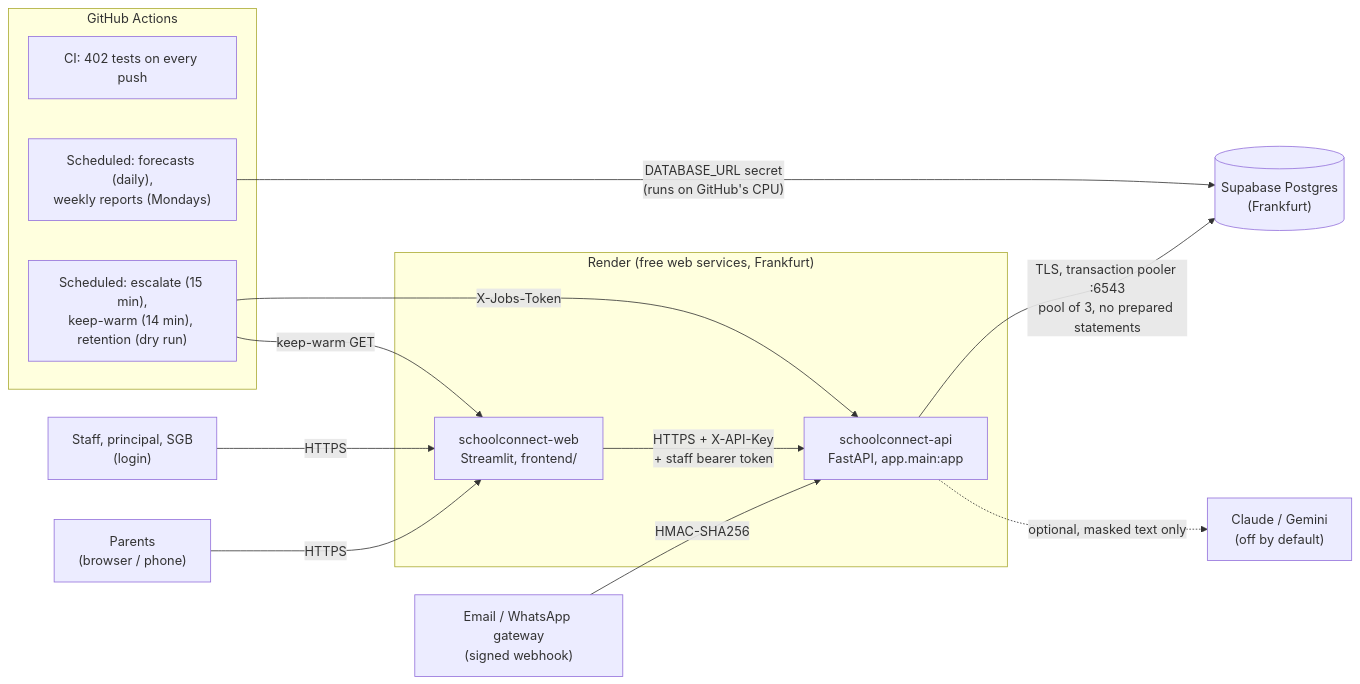
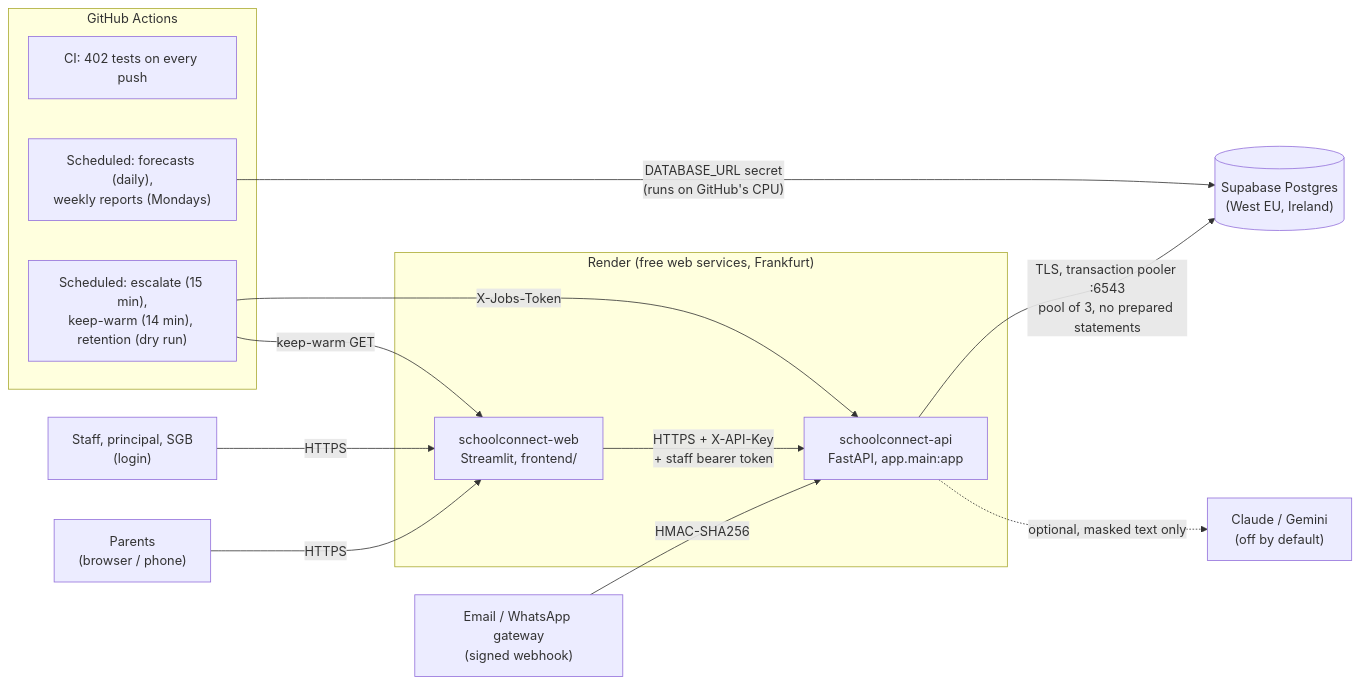
One commit to Dikeledi-K/schoolconnect changed the diagram in docs/TECHNICAL.md. Above: the diagram before and after it, drawn with Mermaid. The commit also changed 9 other files, not shown here.

````diff
--- a/docs/TECHNICAL.md
+++ b/docs/TECHNICAL.md
@@ -9,25 +9,25 @@
 ```mermaid
 flowchart LR
     P["Parents<br/>(browser / phone)"] -->|HTTPS| WEB
     S["Staff, principal, SGB<br/>(login)"] -->|HTTPS| WEB
     GW["Email / WhatsApp gateway<br/>(signed webhook)"] -->|HMAC-SHA256| API
 
     subgraph Render["Render (free web services, Frankfurt)"]
         WEB["schoolconnect-web<br/>Streamlit, frontend/"]
         API["schoolconnect-api<br/>FastAPI, app.main:app"]
     end
 
     WEB -->|"HTTPS + X-API-Key<br/>+ staff bearer token"| API
-    API -->|"TLS, transaction pooler :6543<br/>pool of 3, no prepared statements"| DB[("Supabase Postgres<br/>(Frankfurt)")]
+    API -->|"TLS, transaction pooler :6543<br/>pool of 3, no prepared statements"| DB[("Supabase Postgres<br/>(West EU, Ireland)")]
     API -.optional, masked text only.-> LLM["Claude / Gemini<br/>(off by default)"]
 
     subgraph GH["GitHub Actions"]
         CI["CI: 402 tests on every push"]
         LIGHT["Scheduled: escalate (15 min),<br/>keep-warm (14 min), retention (dry run)"]
         HEAVY["Scheduled: forecasts (daily),<br/>weekly reports (Mondays)"]
     end
 
     LIGHT -->|"X-Jobs-Token"| API
     LIGHT -->|keep-warm GET| WEB
     HEAVY -->|"DATABASE_URL secret<br/>(runs on GitHub's CPU)"| DB
 ```
````
